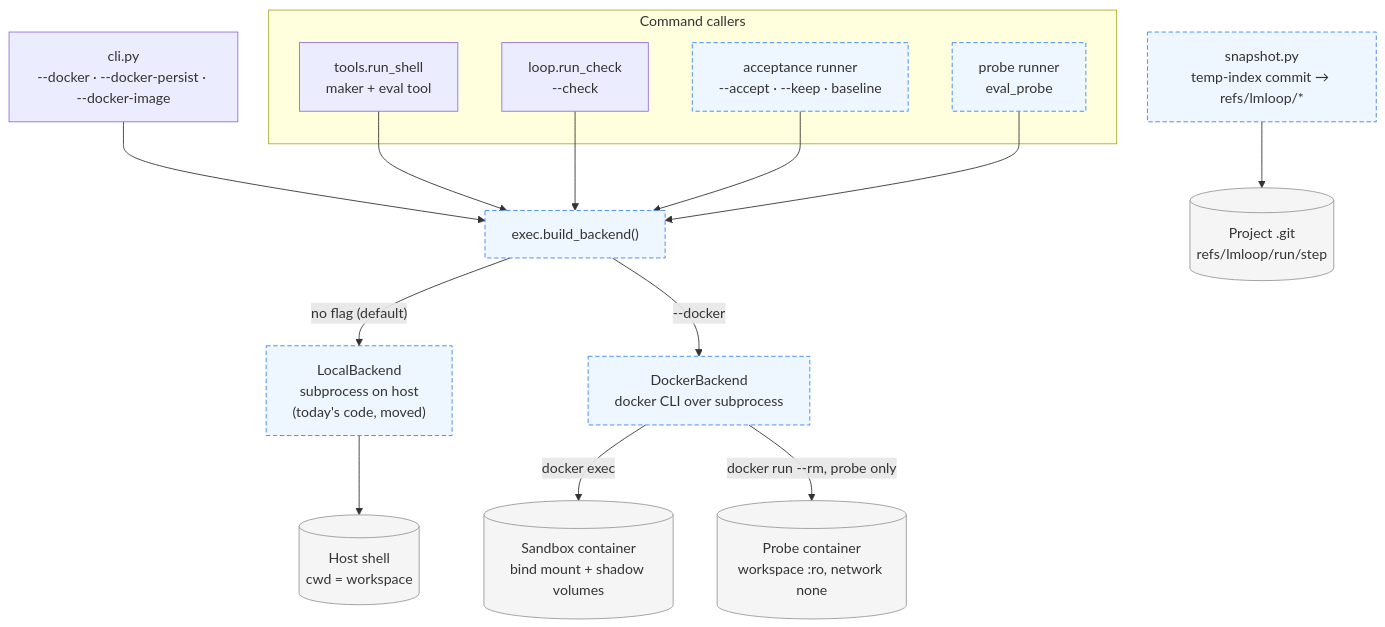
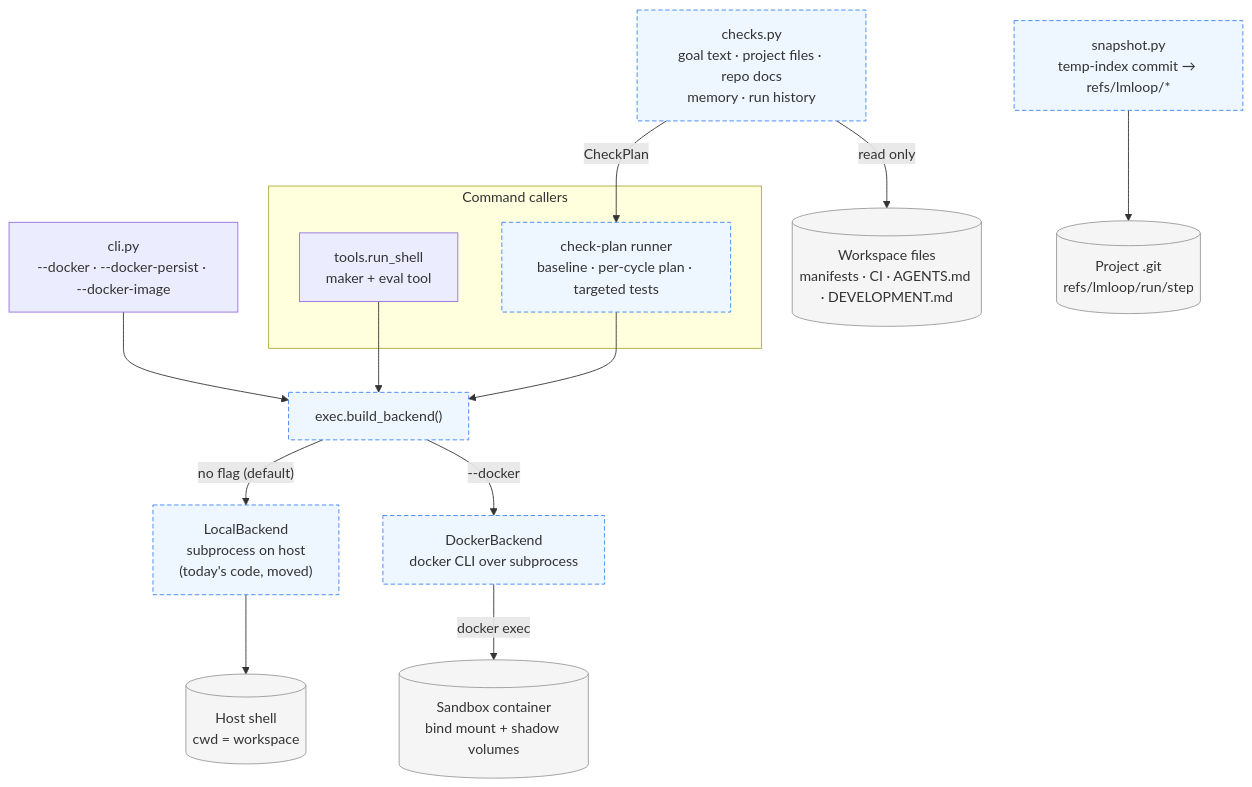
Before and after one commit to XD-Builder/environment-setup: the first of 5 diagrams in lmloop/docs/DESIGN_SANDBOX_AND_VERIFICATION.md, drawn with Mermaid. The commit also changed other lines of this file and 2 other files, not shown here.

````diff
--- a/lmloop/docs/DESIGN_SANDBOX_AND_VERIFICATION.md
+++ b/lmloop/docs/DESIGN_SANDBOX_AND_VERIFICATION.md
@@ -65,36 +82,35 @@
 ```mermaid
 flowchart TB
   classDef new fill:#eef6ff,stroke:#3b82f6,stroke-dasharray:5 3
   classDef ext fill:#f5f5f5,stroke:#999
 
   cliflags["cli.py<br/>--docker · --docker-persist · --docker-image"]
 
   subgraph callers["Command callers"]
     runshell["tools.run_shell<br/>maker + eval tool"]
-    runcheck["loop.run_check<br/>--check"]
-    accept["acceptance runner<br/>--accept · --keep · baseline"]:::new
-    probe["probe runner<br/>eval_probe"]:::new
+    runcheck["check-plan runner<br/>baseline · per-cycle plan · targeted tests"]:::new
   end
+
+  infer["checks.py<br/>goal text · project files · repo docs<br/>memory · run history"]:::new
 
   factory["exec.build_backend()"]:::new
   local["LocalBackend<br/>subprocess on host<br/>(today's code, moved)"]:::new
   docker["DockerBackend<br/>docker CLI over subprocess"]:::new
   snap["snapshot.py<br/>temp-index commit → refs/lmloop/*"]:::new
 
   hostsh[("Host shell<br/>cwd = workspace")]:::ext
   ctr[("Sandbox container<br/>bind mount + shadow volumes")]:::ext
-  roctr[("Probe container<br/>workspace :ro, network none")]:::ext
+  proj[("Workspace files<br/>manifests · CI · AGENTS.md · DEVELOPMENT.md")]:::ext
   gitrefs[("Project .git<br/>refs/lmloop/run/step")]:::ext
 
   cliflags --> factory
   factory -->|"no flag (default)"| local
   factory -->|"--docker"| docker
   runshell --> factory
+  infer -->|"read only"| proj
+  infer -->|"CheckPlan"| runcheck
   runcheck --> factory
-  accept --> factory
-  probe --> factory
   local --> hostsh
   docker -->|"docker exec"| ctr
-  docker -->|"docker run --rm, probe only"| roctr
   snap --> gitrefs
 ```
````
